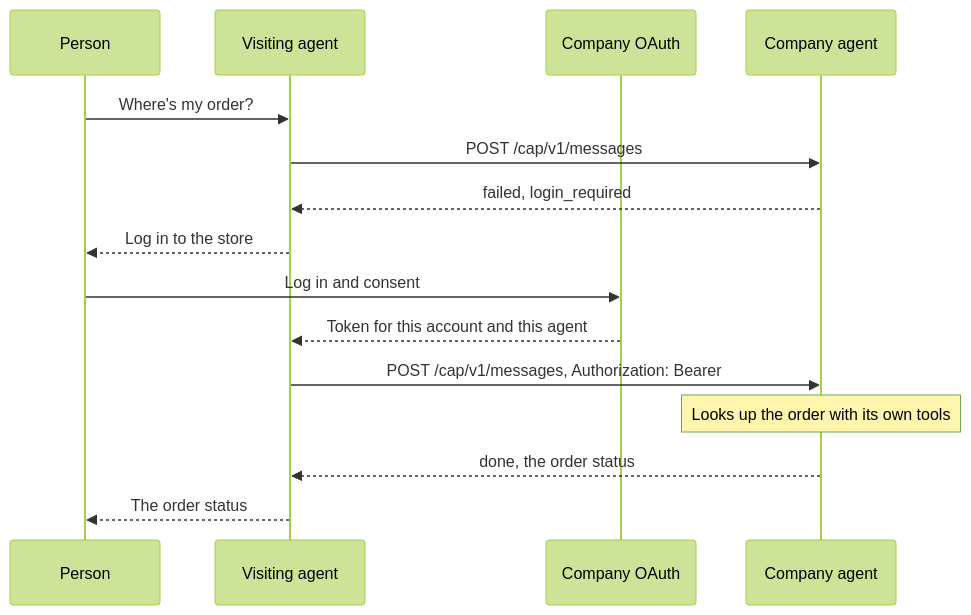
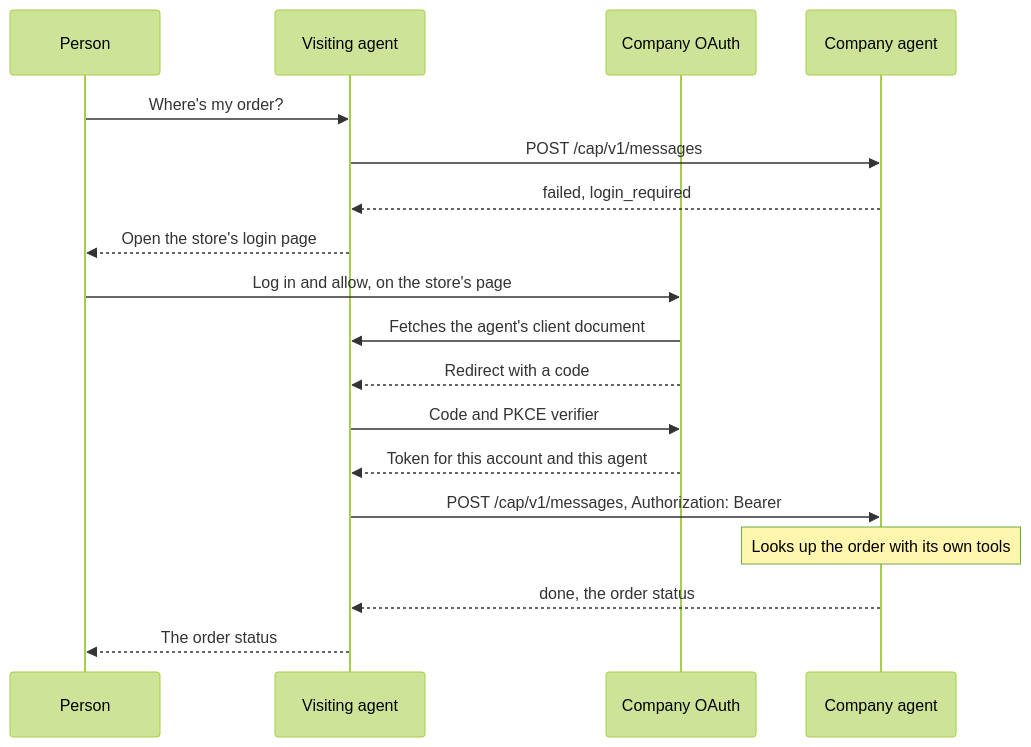
One commit to conciergeprotocol/cap changed the diagram in concepts/access.md. Above: the diagram before and after it, drawn with Mermaid (forest theme). The commit also changed other lines of this file and 16 other files, not shown here.

````diff
--- a/concepts/access.md
+++ b/concepts/access.md
@@ -5,18 +5,21 @@
 ```mermaid
 sequenceDiagram
     participant P as Person
     participant V as Visiting agent
     participant L as Company OAuth
     participant O as Company agent
 
     P->>V: Where's my order?
     V->>O: POST /cap/v1/messages
     O-->>V: failed, login_required
-    V-->>P: Log in to the store
-    P->>L: Log in and consent
+    V-->>P: Open the store's login page
+    P->>L: Log in and allow, on the store's page
+    L->>V: Fetches the agent's client document
+    L-->>V: Redirect with a code
+    V->>L: Code and PKCE verifier
     L-->>V: Token for this account and this agent
     V->>O: POST /cap/v1/messages, Authorization: Bearer
     Note over O: Looks up the order with its own tools
     O-->>V: done, the order status
     V-->>P: The order status
 ```
````
